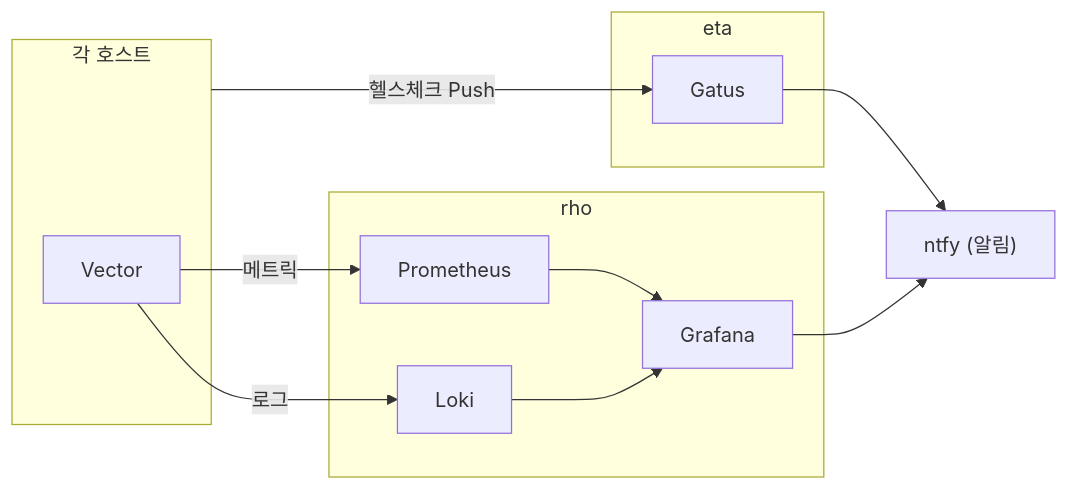
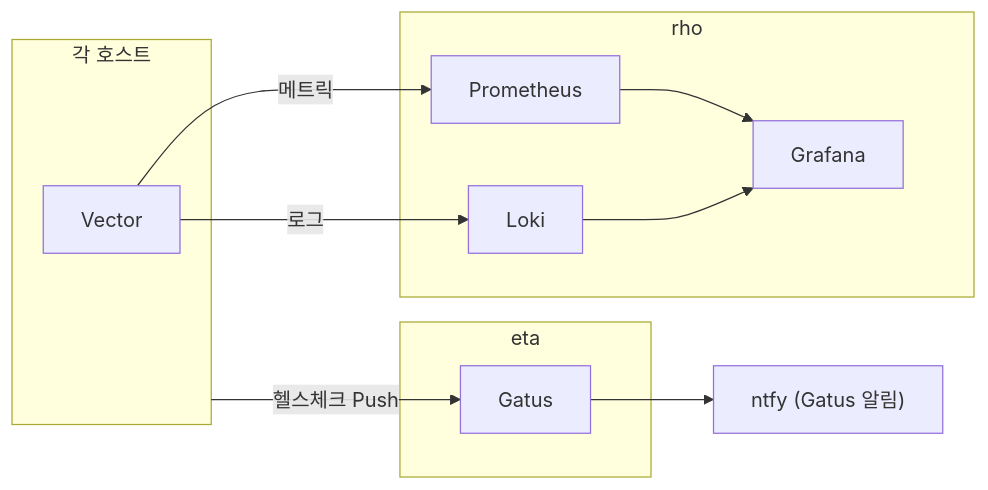
One commit to SBEE-Lab/infra changed the diagram in docs/admin/monitoring.md. Above: the diagram before and after it, drawn with Mermaid. The commit also changed other lines of this file and 4 other files, not shown here.

````diff
--- a/docs/admin/monitoring.md
+++ b/docs/admin/monitoring.md
@@ -16,26 +16,25 @@
 ```mermaid
 flowchart LR
   subgraph hosts["각 호스트"]
     vec["Vector"]
   end
 
   subgraph rho["rho"]
     prom["Prometheus"]
     loki["Loki"]
     graf["Grafana"]
   end
 
   subgraph eta["eta"]
     gatus["Gatus"]
   end
 
-  ntfy["ntfy (알림)"]
+  ntfy["ntfy (Gatus 알림)"]
 
   vec -- "메트릭" --> prom
   vec -- "로그" --> loki
   prom --> graf
   loki --> graf
   hosts -- "헬스체크 Push" --> gatus
   gatus --> ntfy
-  graf --> ntfy
 ```
````
